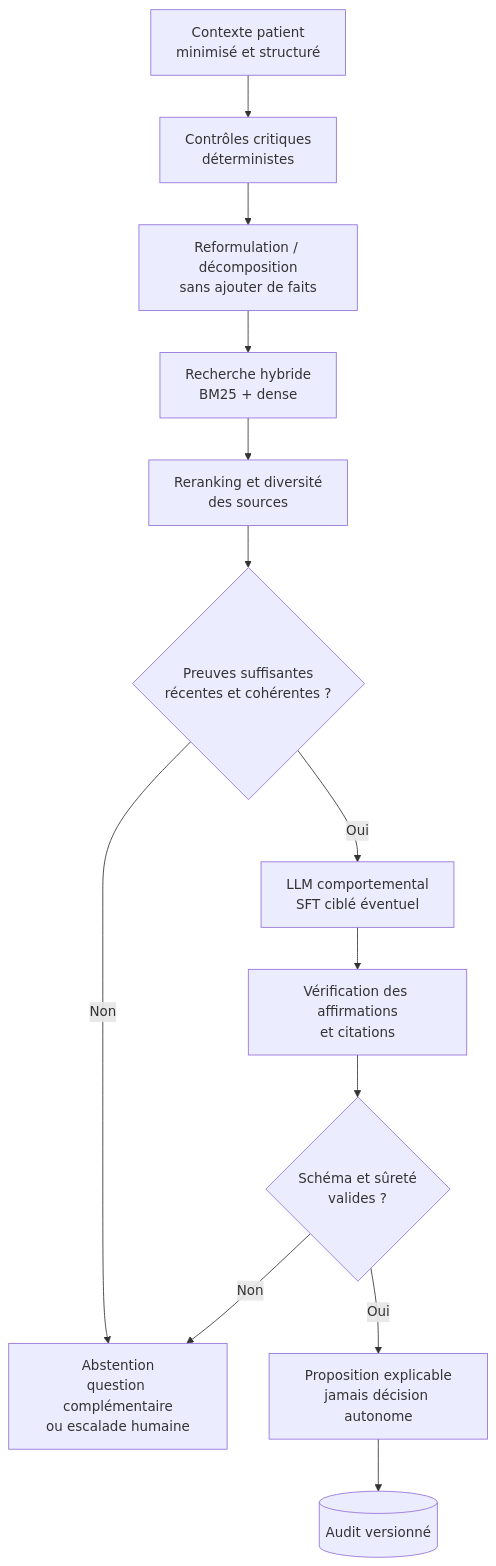
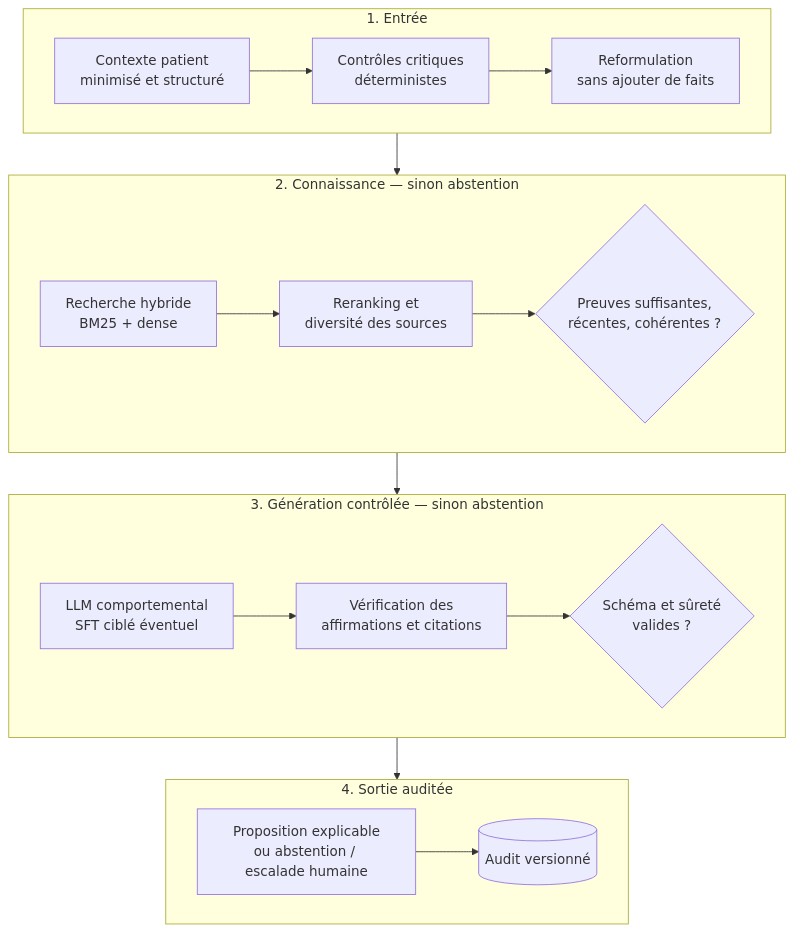
Before and after one commit to ppluton/medical-triage-llm-poc: the fifth of 5 diagrams in reports/RAPPORT_TECHNIQUE_POC.md, drawn with Mermaid. The commit also changed other lines of this file and 1 other file, not shown here.

````diff
--- a/reports/RAPPORT_TECHNIQUE_POC.md
+++ b/reports/RAPPORT_TECHNIQUE_POC.md
@@ -596,15 +627,20 @@
 ```mermaid
-flowchart TD
-    I[Contexte patient<br/>minimisé et structuré] --> C[Contrôles critiques<br/>déterministes]
-    C --> Q[Reformulation / décomposition<br/>sans ajouter de faits]
-    Q --> R[Recherche hybride<br/>BM25 + dense]
-    R --> RR[Reranking et diversité<br/>des sources]
-    RR --> E{Preuves suffisantes<br/>récentes et cohérentes ?}
-    E -->|Non| X[Abstention<br/>question complémentaire<br/>ou escalade humaine]
-    E -->|Oui| L[LLM comportemental<br/>SFT ciblé éventuel]
-    L --> F[Vérification des affirmations<br/>et citations]
-    F --> S{Schéma et sûreté<br/>valides ?}
-    S -->|Non| X
-    S -->|Oui| O[Proposition explicable<br/>jamais décision autonome]
-    O --> A[(Audit versionné)]
+flowchart TB
+    subgraph IN[1. Entrée]
+        direction LR
+        I[Contexte patient<br/>minimisé et structuré] --> C[Contrôles critiques<br/>déterministes] --> Q[Reformulation<br/>sans ajouter de faits]
+    end
+    subgraph KN[2. Connaissance — sinon abstention]
+        direction LR
+        R[Recherche hybride<br/>BM25 + dense] --> RR[Reranking et<br/>diversité des sources] --> E{Preuves suffisantes,<br/>récentes, cohérentes ?}
+    end
+    subgraph GEN[3. Génération contrôlée — sinon abstention]
+        direction LR
+        L[LLM comportemental<br/>SFT ciblé éventuel] --> F[Vérification des<br/>affirmations et citations] --> S{Schéma et sûreté<br/>valides ?}
+    end
+    subgraph OUT[4. Sortie auditée]
+        direction LR
+        O[Proposition explicable<br/>ou abstention / escalade humaine] --> AU[(Audit versionné)]
+    end
+    IN --> KN --> GEN --> OUT
 ```
````
